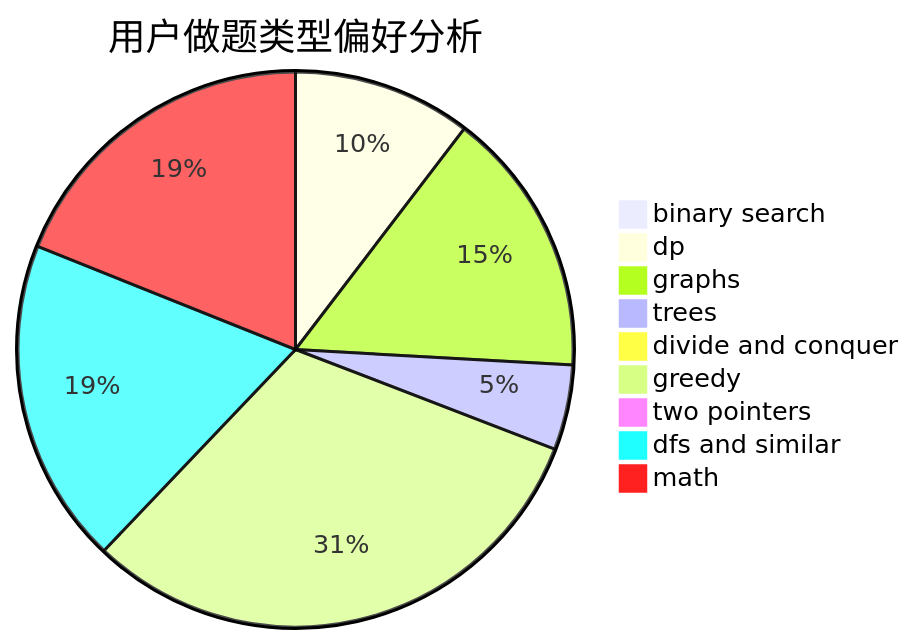
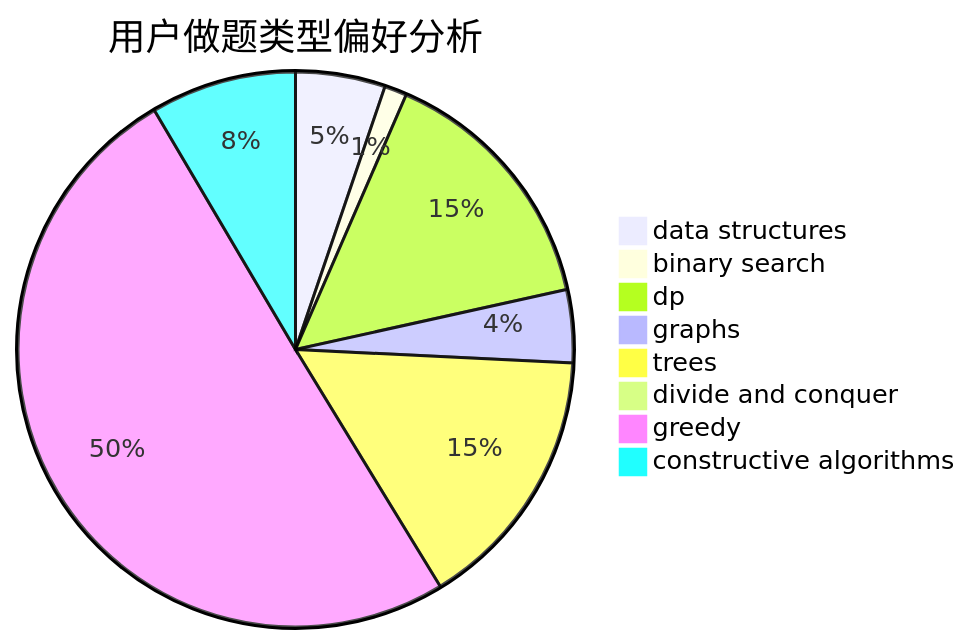
Before and after one commit to sherpahu/cfrs.github.io: the second of 3 diagrams in docs/user/u1362.md, drawn with Mermaid. The commit also changed other lines of this file and 2775 other files, not shown here.

````diff
--- a/docs/user/u1362.md
+++ b/docs/user/u1362.md
@@ -23,12 +23,11 @@
 ```mermaid
 pie title 用户做题类型偏好分析
+    "data structures" :  32
     "binary search" :  8
-    "dp" :  199
-    "graphs" :  297
+    "dp" :  92
+    "graphs" :  26
     "trees" :  95
-    "divide and conquer" :  7
-    "greedy" :  599
-    "two pointers" :  11
-    "dfs and similar" :  363
-    "math" :  363
+    "divide and conquer" :  3
+    "greedy" :  308
+    "constructive algorithms" :  52
 ```
````
